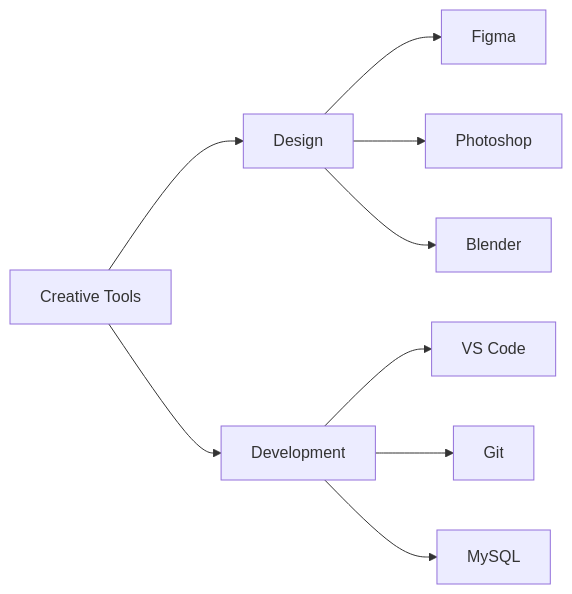
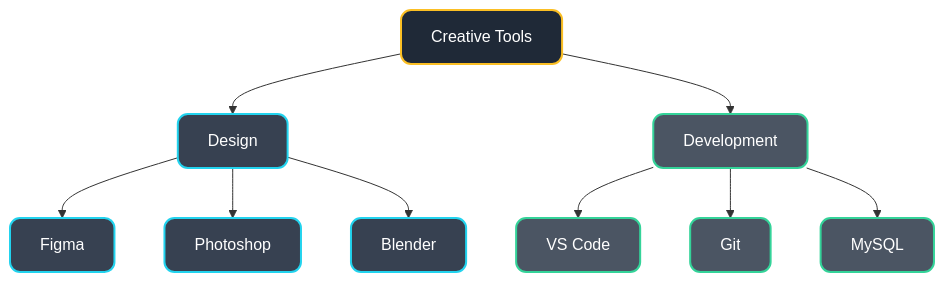
The second of 2 diagrams in README.md (nakuldevmv/nakuldevmv), drawn with Mermaid before and after one commit. The commit also changed other lines of this file, not shown here.

````diff
--- a/README.md
+++ b/README.md
@@ -45,13 +59,25 @@
 ```mermaid
-graph LR
+graph TD
     A[Creative Tools] --> B[Design]
     A --> C[Development]
     
     B --> B1[Figma]
     B --> B2[Photoshop]
     B --> B3[Blender]
     
     C --> C1[VS Code]
     C --> C2[Git]
     C --> C3[MySQL]
+
+    %% Define styles for dark theme
+    classDef main fill:#1f2937,stroke:#fbbf24,stroke-width:2px,color:#ffffff,rx:10px,ry:10px;
+    classDef design fill:#374151,stroke:#22d3ee,stroke-width:2px,color:#ffffff,rx:10px,ry:10px;
+    classDef dev fill:#4b5563,stroke:#34d399,stroke-width:2px,color:#ffffff,rx:10px,ry:10px;
+
+    %% Apply styles to nodes
+    class A main;
+    class B,B1,B2,B3 design;
+    class C,C1,C2,C3 dev;
+
+
 ```
````
